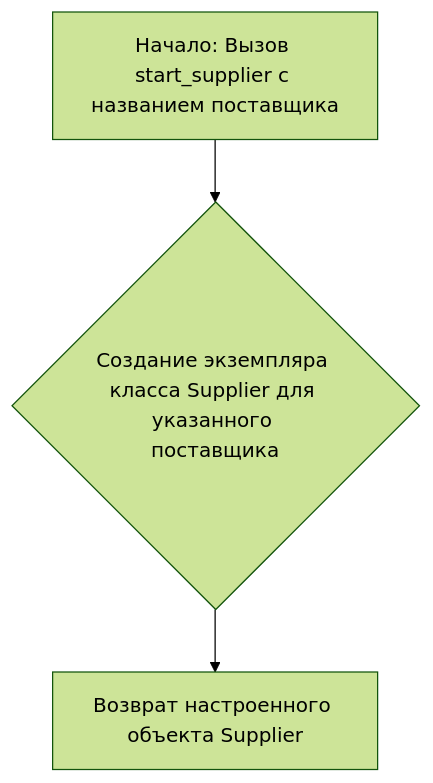
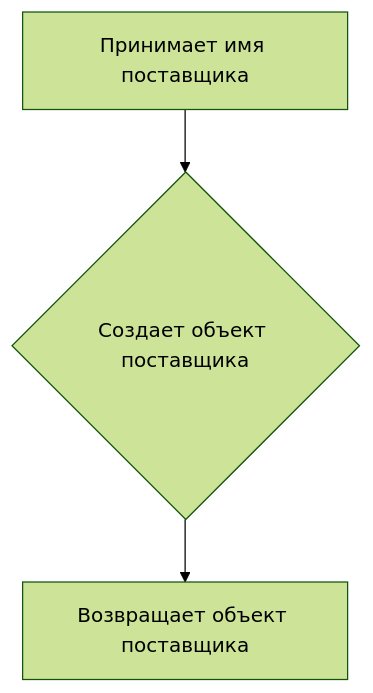
Before and after one commit to hypo69/hypo: the diagram in docs/gemini/ru/doc/src/scenario/_experiments/amazon_murano_glass.py.md, drawn with Mermaid (forest theme). The commit also changed other lines of this file and 881 other files, not shown here.

````diff
--- a/docs/gemini/ru/doc/src/scenario/_experiments/amazon_murano_glass.py.md
+++ b/docs/gemini/ru/doc/src/scenario/_experiments/amazon_murano_glass.py.md
@@ -46,5 +44,5 @@
 ```mermaid
 graph TD
-    A[Начало: Вызов start_supplier с названием поставщика] --> B{Создание экземпляра класса Supplier для указанного поставщика};
-    B --> C[Возврат настроенного объекта Supplier];
+    A[Принимает имя поставщика] --> B{Создает объект поставщика};
+    B --> C[Возвращает объект поставщика];
 ```
````
